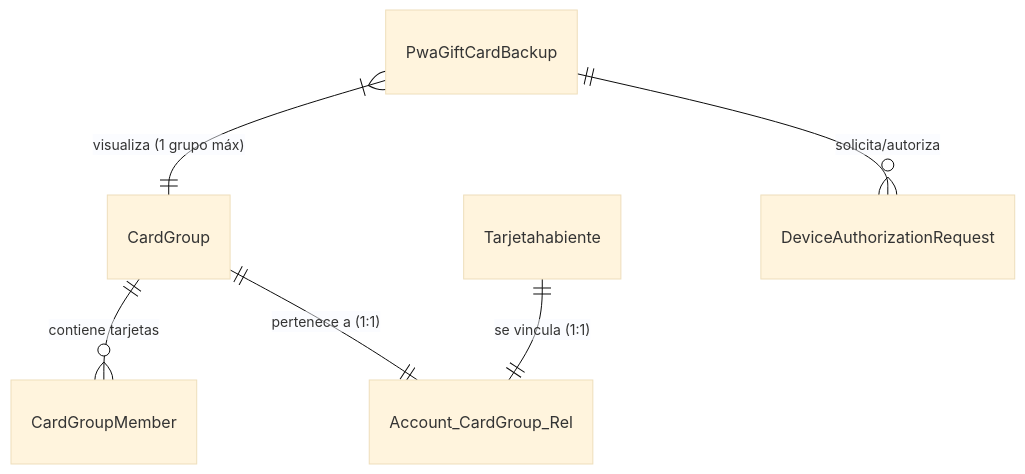
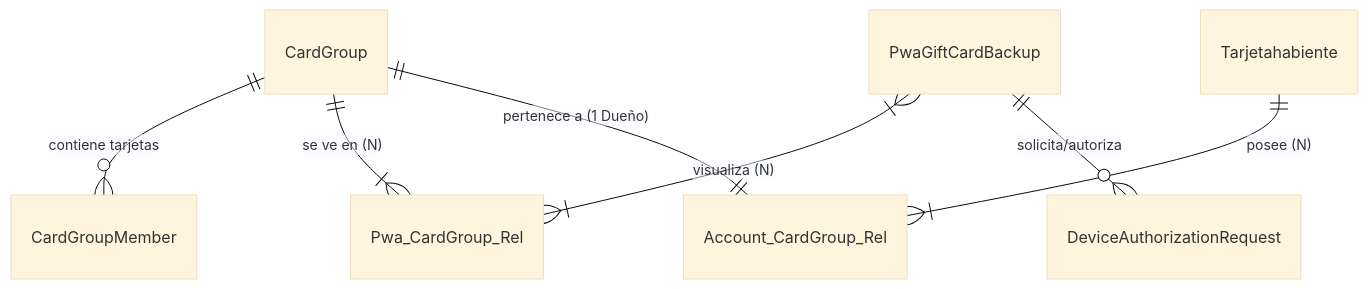
One commit to bulmaroarellano/pwa-architecture-proposal changed the first of 4 diagrams in pwa_group_er_diagram_focused.md. Above: the diagram before and after it, drawn with Mermaid (base theme). The commit also changed other lines of this file and 1 other file, not shown here.

Commit message:
Revert to Multi-Group architecture (N:M)

````diff
--- a/pwa_group_er_diagram_focused.md
+++ b/pwa_group_er_diagram_focused.md
@@ -10,11 +10,12 @@
 ```mermaid
 erDiagram
     CardGroup ||--o{ CardGroupMember : "contiene tarjetas"
     
-    PwaGiftCardBackup }|--|| CardGroup : "visualiza (1 grupo máx)"
+    PwaGiftCardBackup }|--|{ Pwa_CardGroup_Rel : "visualiza (N)"
+    CardGroup ||--|{ Pwa_CardGroup_Rel : "se ve en (N)"
     
-    Tarjetahabiente ||--|| Account_CardGroup_Rel : "se vincula (1:1)"
-    CardGroup ||--|| Account_CardGroup_Rel : "pertenece a (1:1)"
+    Tarjetahabiente ||--|{ Account_CardGroup_Rel : "posee (N)"
+    CardGroup ||--|| Account_CardGroup_Rel : "pertenece a (1 Dueño)"
 
     PwaGiftCardBackup ||--o{ DeviceAuthorizationRequest : "solicita/autoriza"
 ```
````
